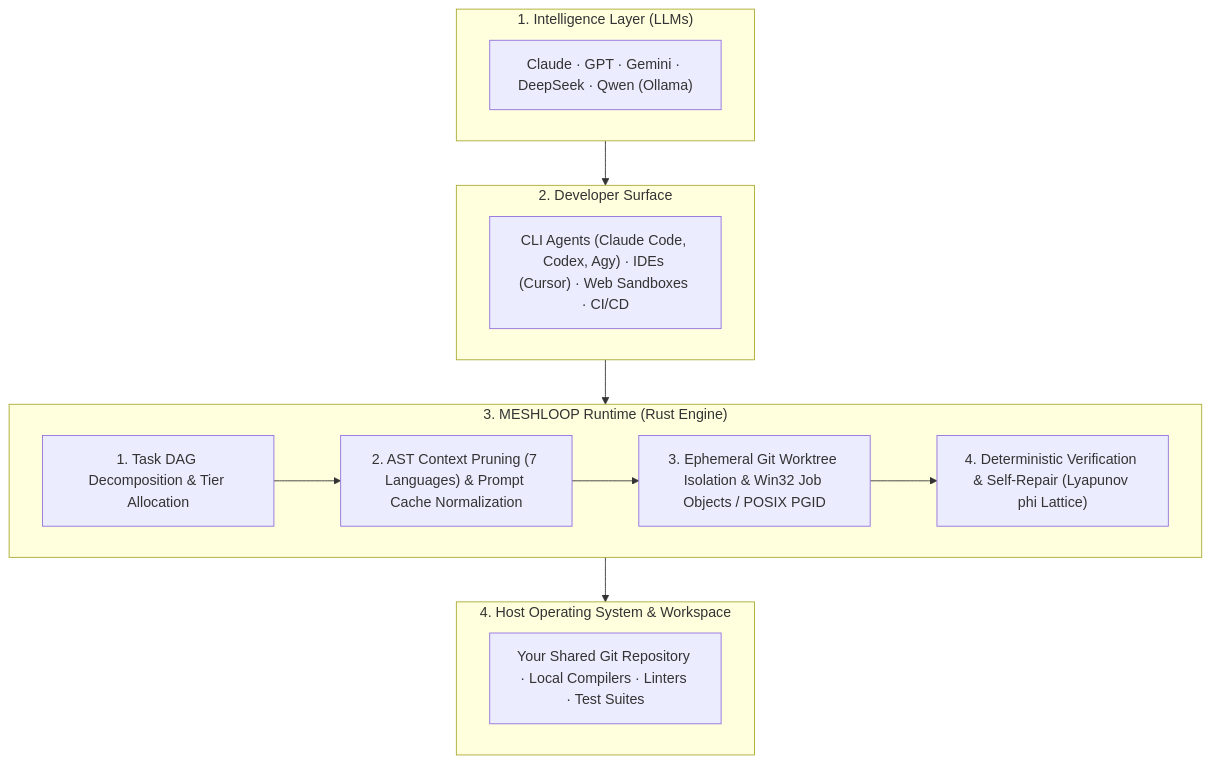
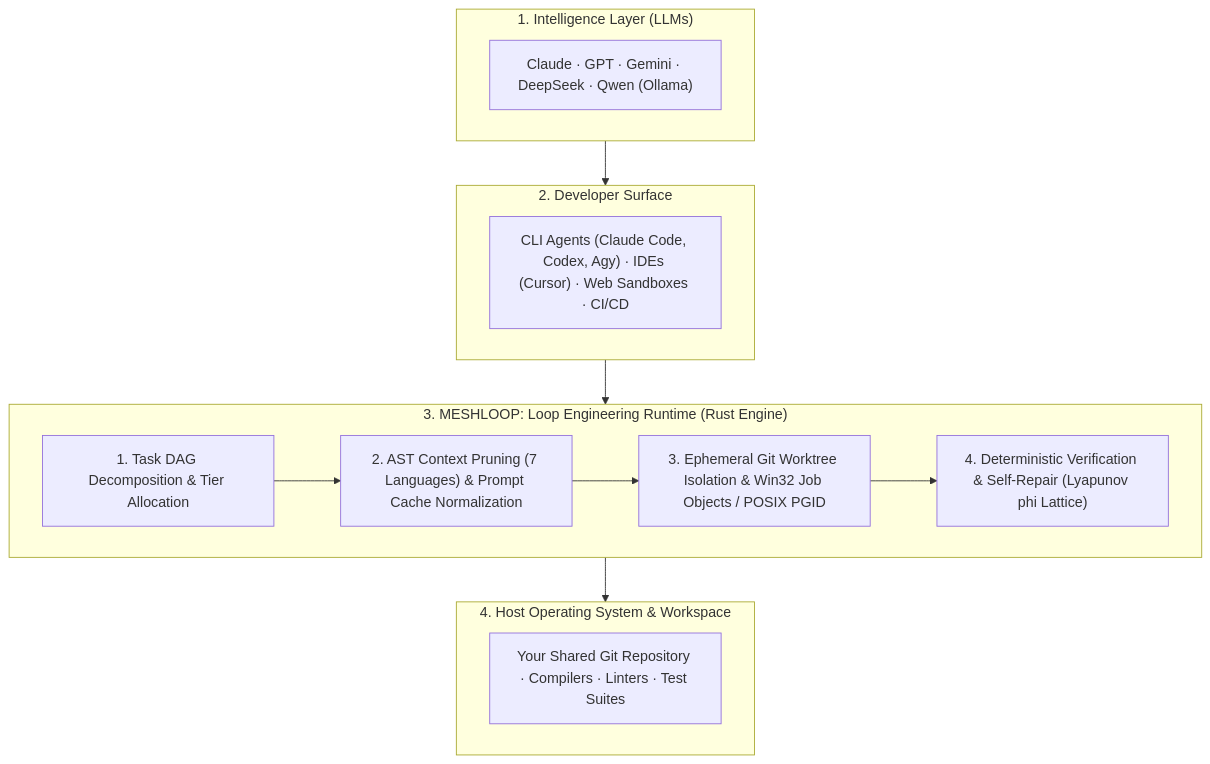
One commit to smota/meshloop changed the diagram in docs/product/brief.md. Above: the diagram before and after it, drawn with Mermaid. The commit also changed other lines of this file and 30 other files, not shown here.

````diff
--- a/docs/product/brief.md
+++ b/docs/product/brief.md
@@ -20,26 +20,26 @@
 ```mermaid
 flowchart TB
   subgraph L1 ["1. Intelligence Layer (LLMs)"]
     M["Claude · GPT · Gemini · DeepSeek · Qwen (Ollama)"]
   end
 
   subgraph L2 ["2. Developer Surface"]
     CLI["CLI Agents (Claude Code, Codex, Agy) · IDEs (Cursor) · Web Sandboxes · CI/CD"]
   end
 
-  subgraph L3 ["3. MESHLOOP Runtime (Rust Engine)"]
+  subgraph L3 ["3. MESHLOOP: Loop Engineering Runtime (Rust Engine)"]
     D["1. Task DAG Decomposition & Tier Allocation"]
     C["2. AST Context Pruning (7 Languages) & Prompt Cache Normalization"]
     W["3. Ephemeral Git Worktree Isolation & Win32 Job Objects / POSIX PGID"]
     V["4. Deterministic Verification & Self-Repair (Lyapunov phi Lattice)"]
     D --> C --> W --> V
   end
 
   subgraph L4 ["4. Host Operating System & Workspace"]
-    Host["Your Shared Git Repository · Local Compilers · Linters · Test Suites"]
+    Host["Your Shared Git Repository · Compilers · Linters · Test Suites"]
   end
 
   L1 --> L2
   L2 --> L3
   L3 --> L4
 ```
````
